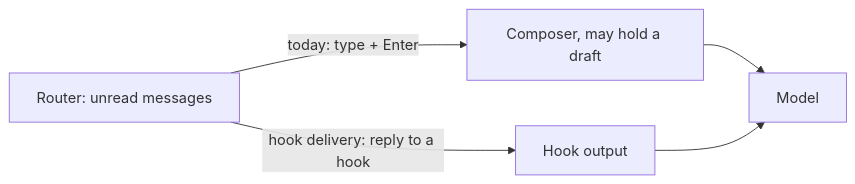
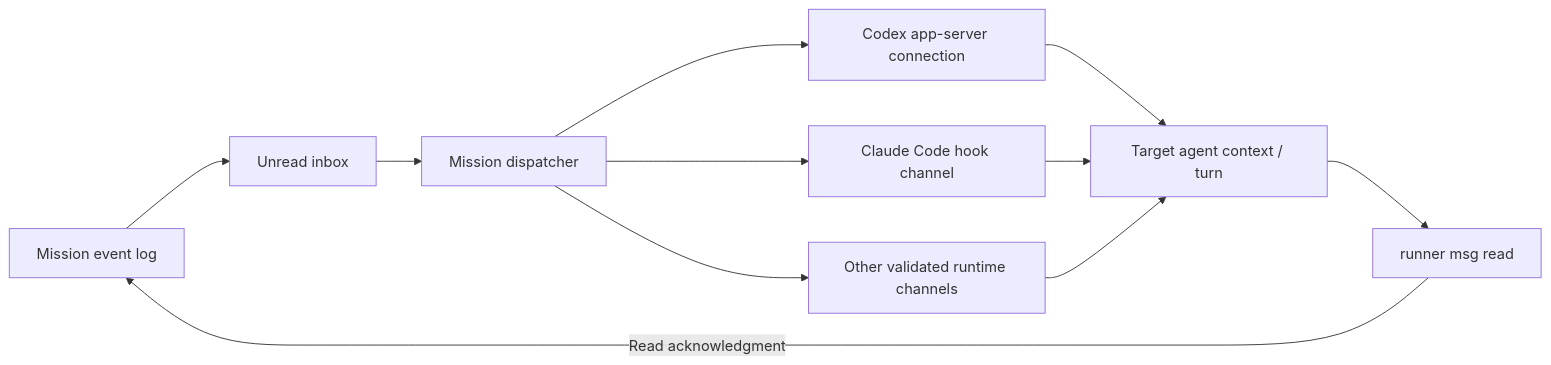
Before and after one commit to 123eyu/runner: the diagram in docs/features/1046-hook-inbox-delivery.md, drawn with Mermaid. The commit also changed other lines of this file and 4 other files, not shown here.

Commit message:
docs(mission): specify inbox delivery without the composer

````diff
--- a/docs/features/1046-hook-inbox-delivery.md
+++ b/docs/features/1046-hook-inbox-delivery.md
@@ -36,7 +31,13 @@
 ```mermaid
 flowchart LR
-    R[Router: unread messages] -->|today: type + Enter| C[Composer, may hold a draft]
-    C --> M[Model]
-    R -->|hook delivery: reply to a hook| H[Hook output]
+    L[Mission event log] --> I[Unread inbox]
+    I --> D[Mission dispatcher]
+    D --> C[Codex app-server connection]
+    D --> H[Claude Code hook channel]
+    D --> O[Other validated runtime channels]
+    C --> M[Target agent context / turn]
     H --> M
+    O --> M
+    M --> R[runner msg read]
+    R -->|Read acknowledgment| L
 ```
````
